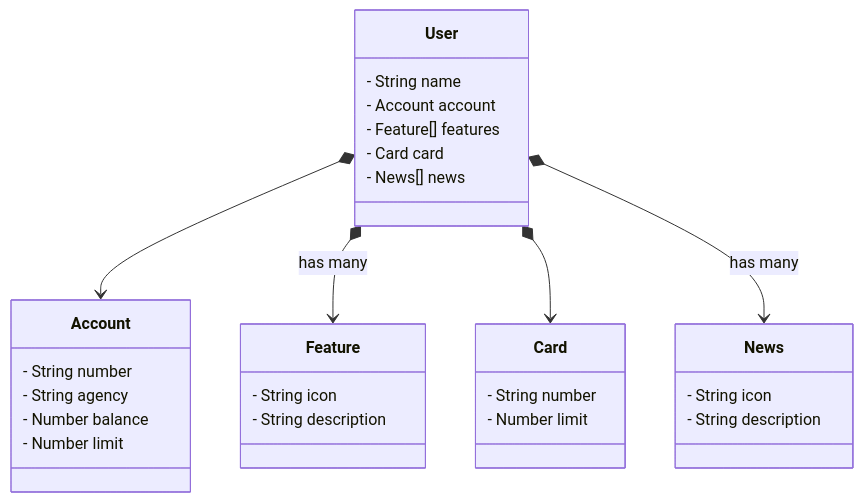
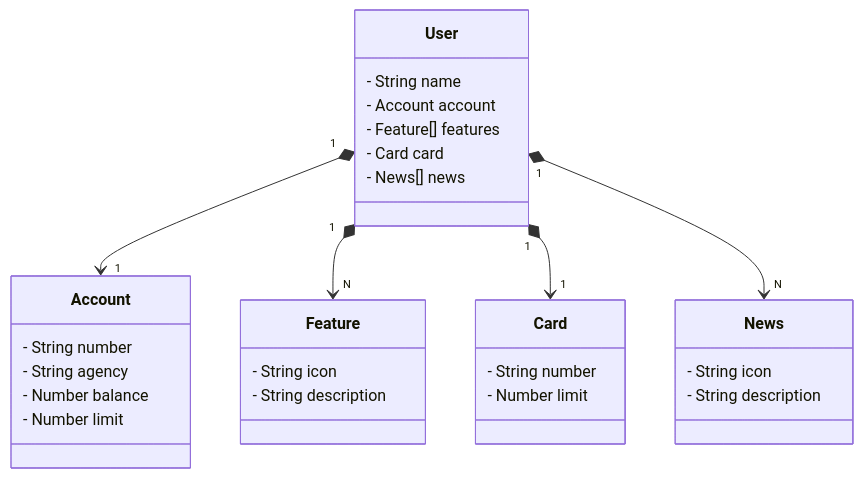
One commit to rayvieira307/Curso_Dio changed the diagram in README.md. Above: the diagram before and after it, drawn with Mermaid.

````diff
--- a/README.md
+++ b/README.md
@@ -5,37 +5,37 @@
 ```mermaid
 classDiagram
     class User {
         - String name
         - Account account
         - Feature[] features
         - Card card
         - News[] news
     }
 
     class Account {
         - String number
         - String agency
         - Number balance
         - Number limit
     }
 
     class Feature {
         - String icon
         - String description
     }
 
     class Card {
         - String number
         - Number limit
     }
 
     class News {
         - String icon
         - String description
     }
 
-    User *--> Account
-    User *--> Feature : has many
-    User *--> Card
-    User *--> News : has many
+    User "1" *--> "1" Account
+    User "1"  *--> "N" Feature
+    User  "1" *-->  "1" Card
+    User  "1" *-->  "N" News
 ``` 
````
